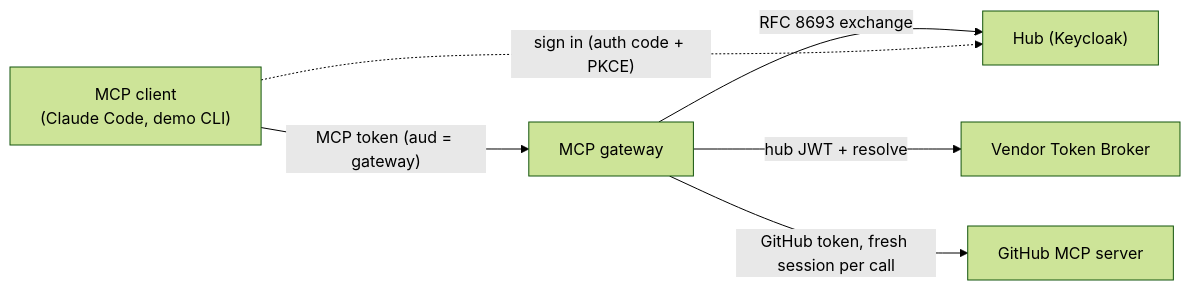
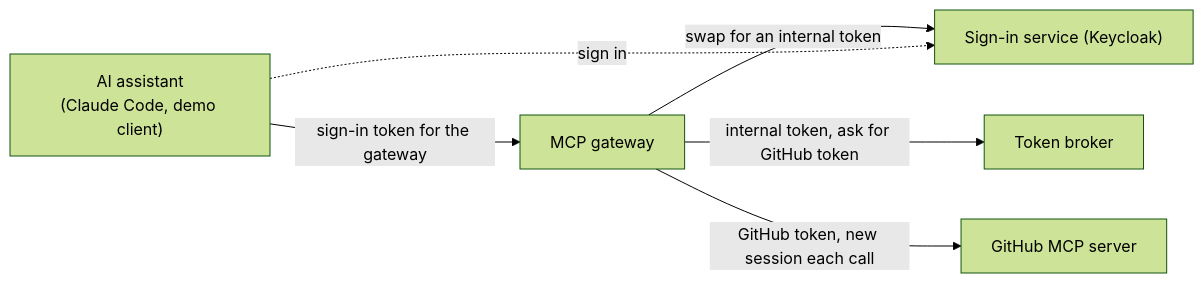
Before and after one commit to chief-builder/vendor-token-broker: the first of 2 diagrams in docs/mcp-gateway.md, drawn with Mermaid (forest theme). The commit also changed other lines of this file and 14 other files, not shown here.

First line of the commit message:
docs: lead with the MCP gateway and simplify language throughout

````diff
--- a/docs/mcp-gateway.md
+++ b/docs/mcp-gateway.md
@@ -11,8 +15,8 @@
 ```mermaid
 flowchart LR
-    C["MCP client<br/>(Claude Code, demo CLI)"] -->|"MCP token (aud = gateway)"| G["MCP gateway"]
-    G -->|"RFC 8693 exchange"| H["Hub (Keycloak)"]
-    G -->|"hub JWT + resolve"| B["Vendor Token Broker"]
-    G -->|"GitHub token, fresh session per call"| M["GitHub MCP server"]
-    C -.->|"sign in (auth code + PKCE)"| H
+    C["AI assistant<br/>(Claude Code, demo client)"] -->|"sign-in token for the gateway"| G["MCP gateway"]
+    G -->|"swap for an internal token"| H["Sign-in service (Keycloak)"]
+    G -->|"internal token, ask for GitHub token"| B["Token broker"]
+    G -->|"GitHub token, new session each call"| M["GitHub MCP server"]
+    C -.->|"sign in"| H
 ```
````
